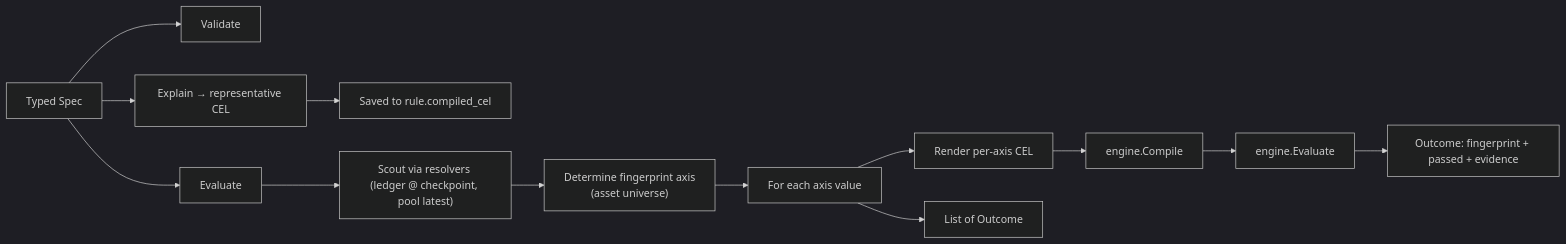
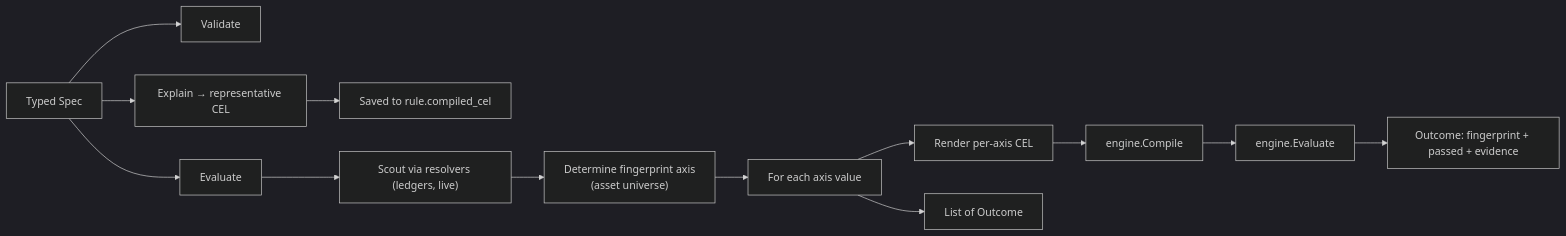
Before and after one commit to formancehq/reconciliation: the diagram in docs/technical/templates.md, drawn with Mermaid (dark theme). The commit also changed other lines of this file and 35 other files, not shown here.

````diff
--- a/docs/technical/templates.md
+++ b/docs/technical/templates.md
@@ -11,15 +11,15 @@
 ```mermaid
 flowchart LR
     Spec[Typed Spec] --> Validate
     Spec --> Explain[Explain → representative CEL]
     Explain --> Persist[Saved to rule.compiled_cel]
     Spec --> Evaluate
-    Evaluate --> Scout["Scout via resolvers (ledger @ checkpoint, pool latest)"]
+    Evaluate --> Scout["Scout via resolvers (ledgers, live)"]
     Scout --> Universe["Determine fingerprint axis<br/>(asset universe)"]
     Universe --> Loop[For each axis value]
     Loop --> RenderCEL[Render per-axis CEL]
     RenderCEL --> Compile[engine.Compile]
     Compile --> Run[engine.Evaluate]
     Run --> Outcome[Outcome: fingerprint + passed + evidence]
     Loop --> Outcomes[List of Outcome]
 ```
````
